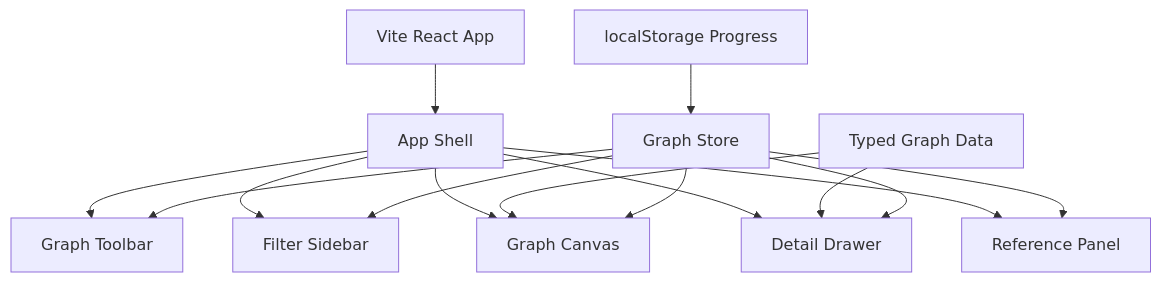
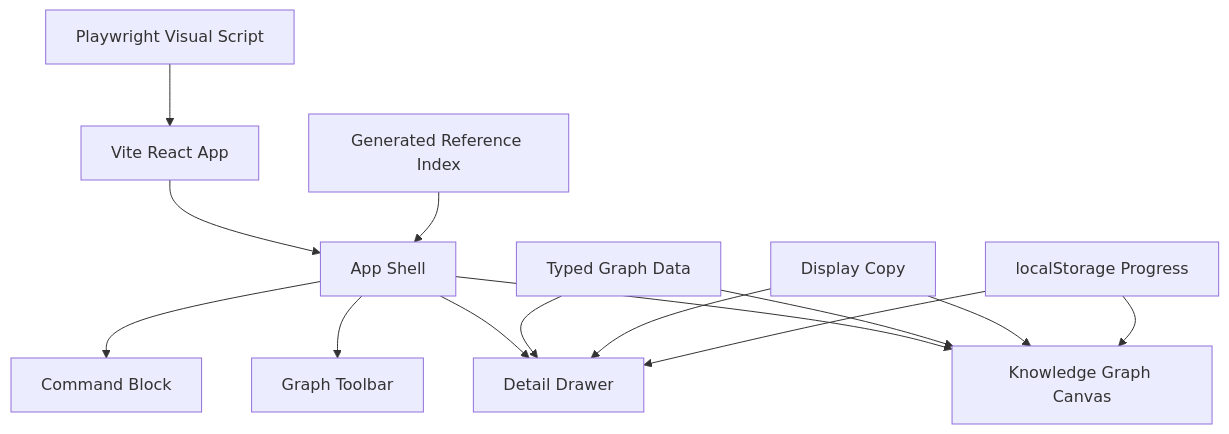
Before and after one commit to JasonxzWen/agent-harness-lab: the third of 3 diagrams in apps/knowledge-graph/docs/overall-design.md, drawn with Mermaid. The commit also changed other lines of this file and 14 other files, not shown here.

Commit message:
feat: complete knowledge graph enhancements

````diff
--- a/apps/knowledge-graph/docs/overall-design.md
+++ b/apps/knowledge-graph/docs/overall-design.md
@@ -74,18 +75,17 @@
 ```mermaid
 flowchart TB
     A["Vite React App"] --> B["App Shell"]
     B --> C["Graph Toolbar"]
-    B --> D["Filter Sidebar"]
-    B --> E["Graph Canvas"]
-    B --> F["Detail Drawer"]
-    B --> G["Reference Panel"]
+    B --> D["Knowledge Graph Canvas"]
+    B --> E["Detail Drawer"]
+    B --> F["Command Block"]
 
-    H["Typed Graph Data"] --> E
-    H --> F
-    I["Graph Store"] --> C
-    I --> D
-    I --> E
-    I --> F
-    I --> G
-    J["localStorage Progress"] --> I
+    G["Typed Graph Data"] --> D
+    G --> E
+    H["Display Copy"] --> D
+    H --> E
+    I["Generated Reference Index"] --> B
+    J["localStorage Progress"] --> D
+    J --> E
+    K["Playwright Visual Script"] --> A
 ```
````
